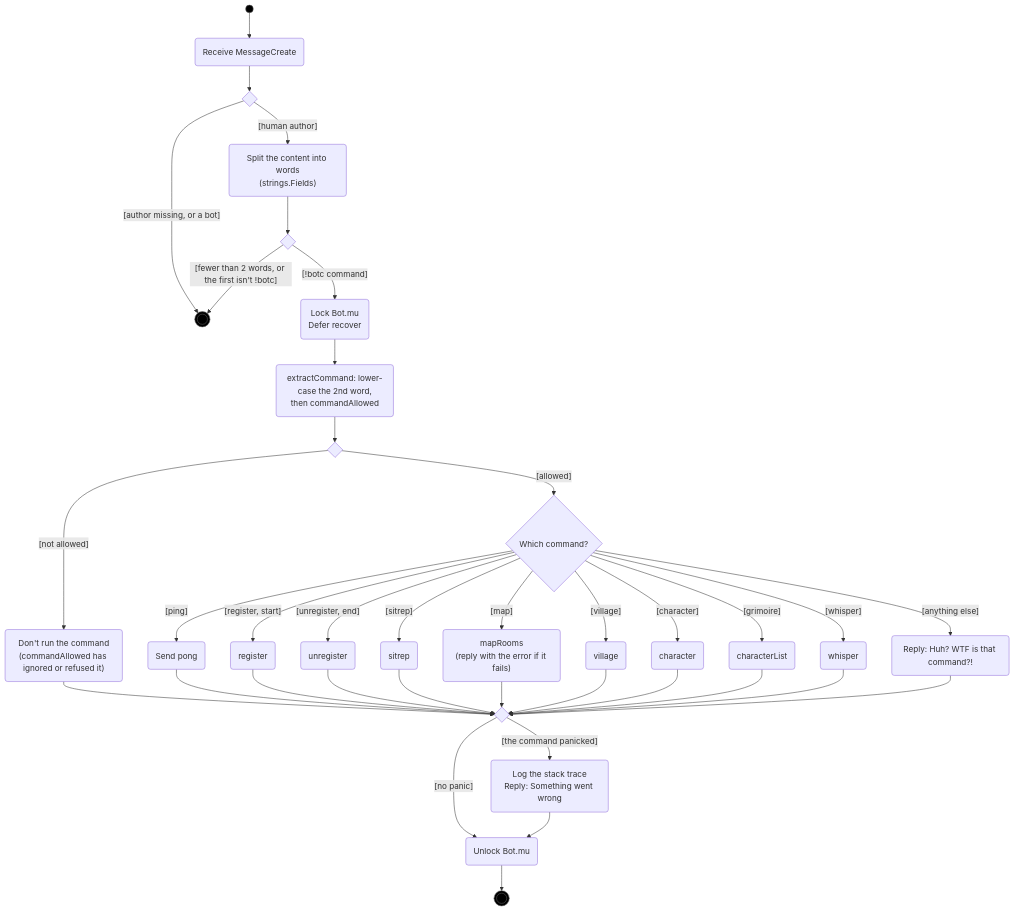
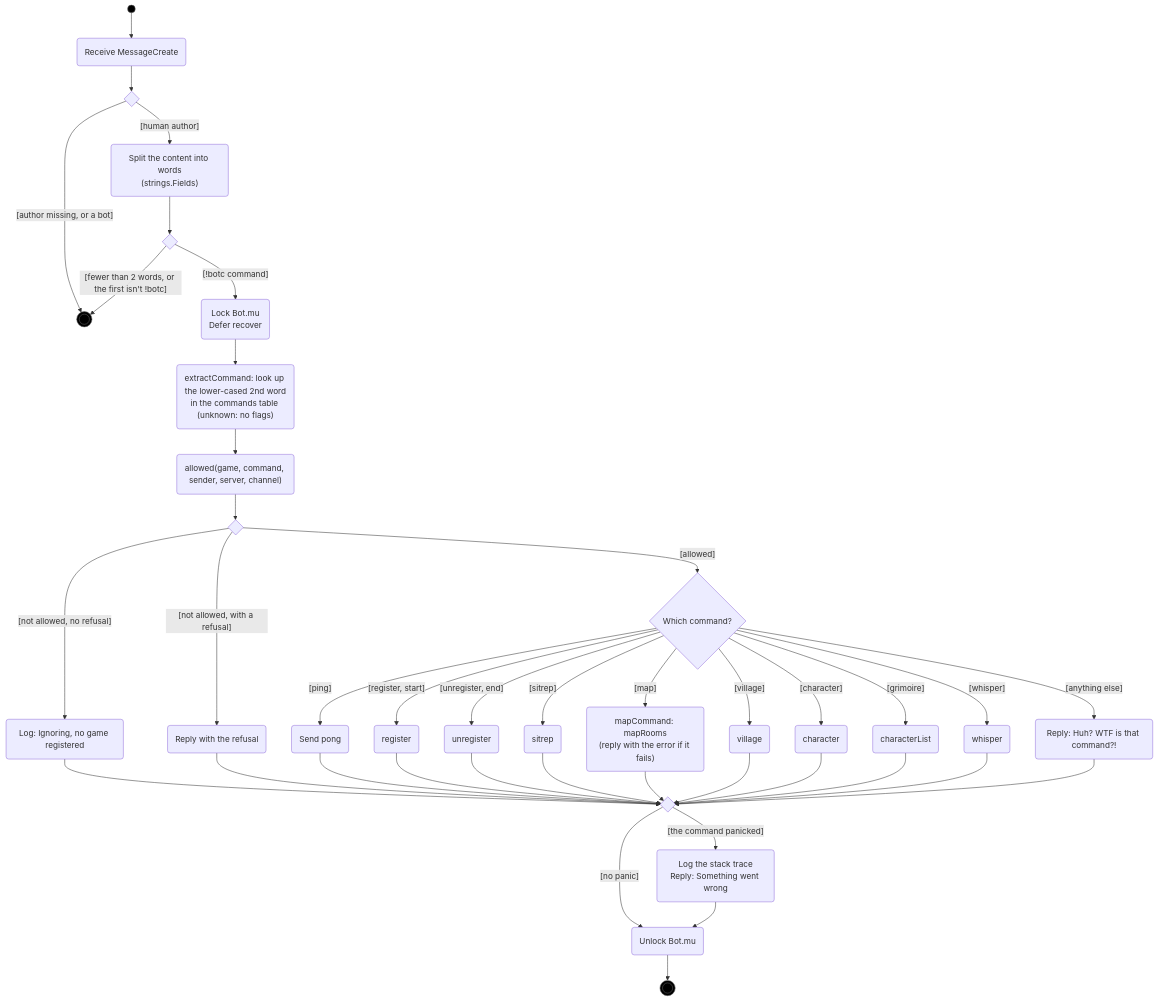
Before and after one commit to RAGNOARAKNOS/BotOnTheClocktower: the first of 3 diagrams in docs/uml/command-dispatch.md, drawn with Mermaid. The commit also changed other lines of this file and 13 other files, not shown here.

First line of the commit message:
Replace the command switch with a table of commands and their access

````diff
--- a/docs/uml/command-dispatch.md
+++ b/docs/uml/command-dispatch.md
@@ -11,32 +11,34 @@
 ```mermaid
 flowchart TD
     start((" ")):::initial --> recv("Receive MessageCreate")
     recv --> d1{" "}
     d1 -->|"[author missing, or a bot]"| ignored(((" "))):::final
     d1 -->|"[human author]"| split("Split the content into words<br/>(strings.Fields)")
     split --> d2{" "}
     d2 -->|"[fewer than 2 words, or the first isn't !botc]"| ignored
     d2 -->|"[!botc command]"| lock("Lock Bot.mu<br/>Defer recover")
-    lock --> allowed("extractCommand: lower-case the 2nd word,<br/>then commandAllowed")
+    lock --> lookup("extractCommand: look up the lower-cased 2nd word<br/>in the commands table (unknown: no flags)")
+    lookup --> allowed("allowed(game, command, sender, server, channel)")
     allowed --> dok{" "}
-    dok -->|"[not allowed]"| notrun("Don't run the command<br/>(commandAllowed has ignored or refused it)")
+    dok -->|"[not allowed, no refusal]"| ign("Log: Ignoring, no game registered")
+    dok -->|"[not allowed, with a refusal]"| refuse("Reply with the refusal")
     dok -->|"[allowed]"| cmd{"Which command?"}
     cmd -->|"[ping]"| ping("Send pong")
     cmd -->|"[register, start]"| reg("register")
     cmd -->|"[unregister, end]"| unreg("unregister")
     cmd -->|"[sitrep]"| sit("sitrep")
-    cmd -->|"[map]"| maprooms("mapRooms<br/>(reply with the error if it fails)")
+    cmd -->|"[map]"| maprooms("mapCommand: mapRooms<br/>(reply with the error if it fails)")
     cmd -->|"[village]"| vil("village")
     cmd -->|"[character]"| chr("character")
     cmd -->|"[grimoire]"| gri("characterList")
     cmd -->|"[whisper]"| whi("whisper")
     cmd -->|"[anything else]"| wtf("Reply: Huh? WTF is that command?!")
-    notrun & ping & reg & unreg & sit & maprooms & vil & chr & gri & whi & wtf --> merged{" "}
+    ign & refuse & ping & reg & unreg & sit & maprooms & vil & chr & gri & whi & wtf --> merged{" "}
     merged -->|"[the command panicked]"| rec("Log the stack trace<br/>Reply: Something went wrong")
     merged -->|"[no panic]"| unlock("Unlock Bot.mu")
     rec --> unlock
     unlock --> done(((" "))):::final
 
     classDef initial fill:#000,stroke:#666
     classDef final fill:#000,stroke:#666
 ```
````
